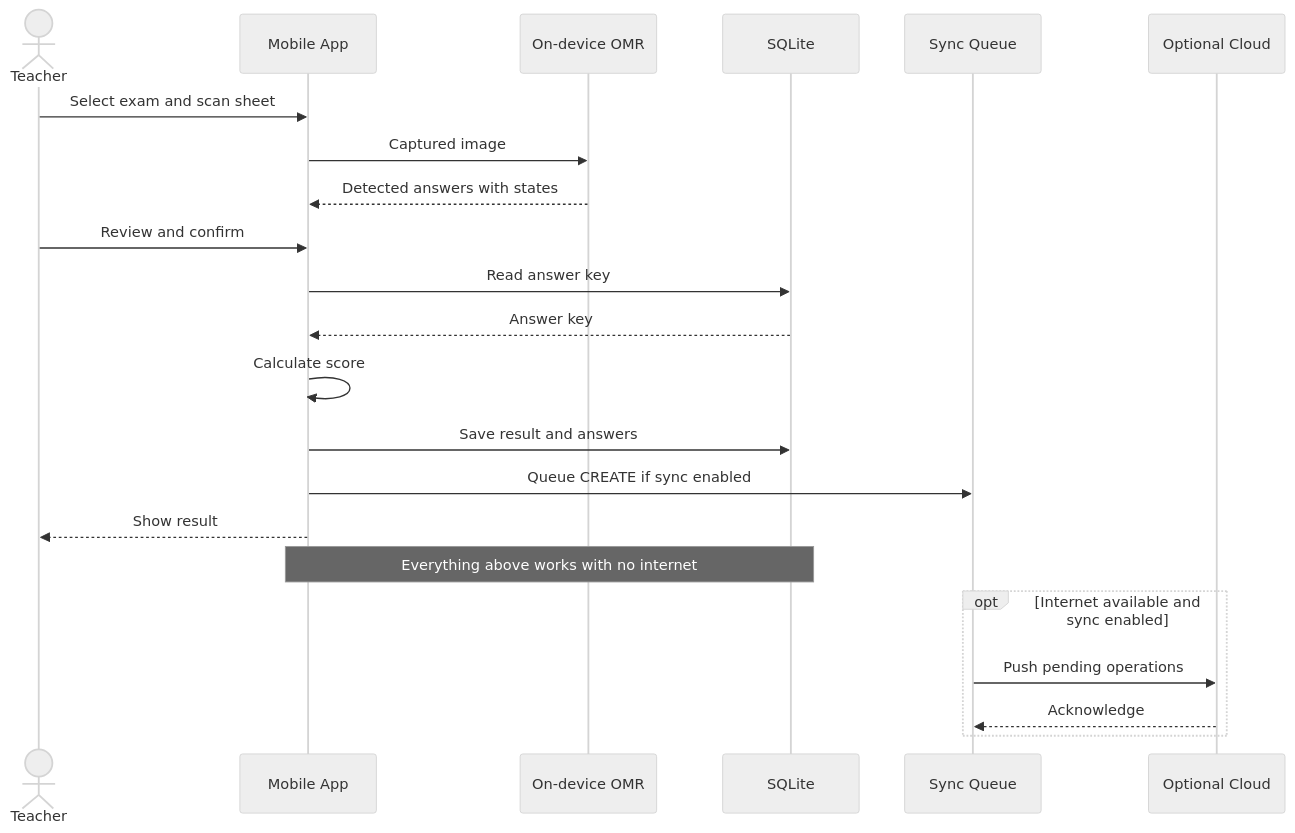
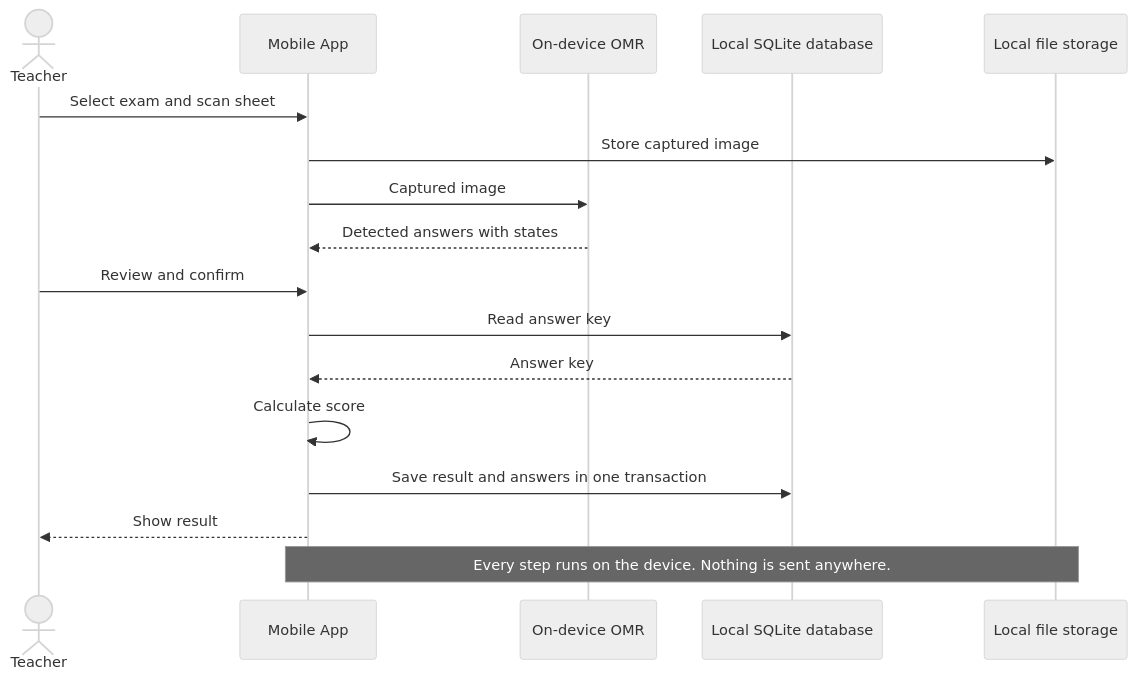
The fourth of 7 diagrams in docs/diagrams.md (nicolaseugenio2022-cyber/answer-checker), drawn with Mermaid (neutral theme) before and after one commit. The commit also changed other lines of this file and 5 other files, not shown here.

First line of the commit message:
docs: make the architecture offline-only

````diff
--- a/docs/diagrams.md
+++ b/docs/diagrams.md
@@ -83,25 +88,20 @@
 ```mermaid
 sequenceDiagram
     actor Teacher
     participant App as Mobile App
     participant OMR as On-device OMR
-    participant DB as SQLite
-    participant Q as Sync Queue
-    participant Cloud as Optional Cloud
+    participant DB as Local SQLite database
+    participant Files as Local file storage
 
     Teacher->>App: Select exam and scan sheet
+    App->>Files: Store captured image
     App->>OMR: Captured image
     OMR-->>App: Detected answers with states
     Teacher->>App: Review and confirm
     App->>DB: Read answer key
     DB-->>App: Answer key
     App->>App: Calculate score
-    App->>DB: Save result and answers
-    App->>Q: Queue CREATE if sync enabled
+    App->>DB: Save result and answers in one transaction
     App-->>Teacher: Show result
-    Note over App,DB: Everything above works with no internet
-    opt Internet available and sync enabled
-        Q->>Cloud: Push pending operations
-        Cloud-->>Q: Acknowledge
-    end
+    Note over App,Files: Every step runs on the device. Nothing is sent anywhere.
 ```
````
